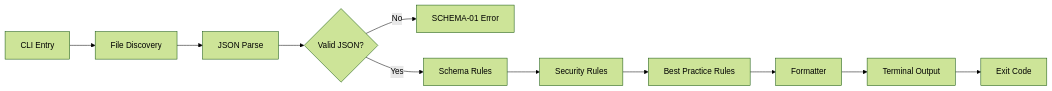
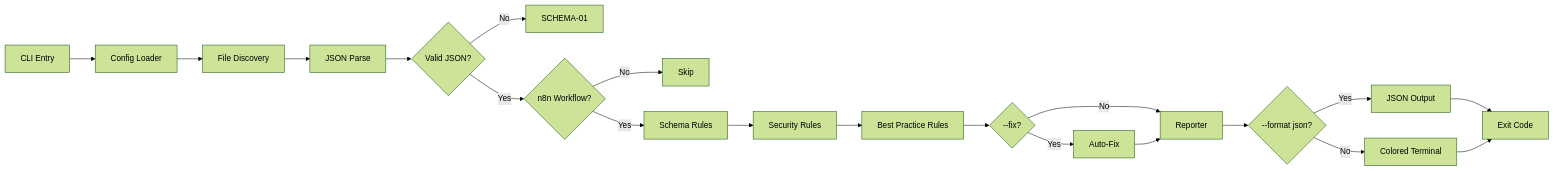
One commit to lorenzespinosa/n8n-lint changed the diagram in README.md. Above: the diagram before and after it, drawn with Mermaid (forest theme). The commit also changed other lines of this file and 1 other file, not shown here.

````diff
--- a/README.md
+++ b/README.md
@@ -120,13 +160,22 @@
 ```mermaid
 graph LR
-    A[CLI Entry] --> B[File Discovery]
-    B --> C[JSON Parse]
-    C --> D{Valid JSON?}
-    D -- No --> E[SCHEMA-01 Error]
-    D -- Yes --> F[Schema Rules]
-    F --> G[Security Rules]
-    G --> H[Best Practice Rules]
-    H --> I[Formatter]
-    I --> J[Terminal Output]
-    J --> K[Exit Code]
+    A[CLI Entry] --> B[Config Loader]
+    B --> C[File Discovery]
+    C --> D[JSON Parse]
+    D --> E{Valid JSON?}
+    E -- No --> F[SCHEMA-01]
+    E -- Yes --> G{n8n Workflow?}
+    G -- No --> H[Skip]
+    G -- Yes --> I[Schema Rules]
+    I --> J[Security Rules]
+    J --> K[Best Practice Rules]
+    K --> L{--fix?}
+    L -- Yes --> M[Auto-Fix]
+    L -- No --> N[Reporter]
+    M --> N
+    N --> O{--format json?}
+    O -- Yes --> P[JSON Output]
+    O -- No --> Q[Colored Terminal]
+    P --> R[Exit Code]
+    Q --> R
 ```
````
